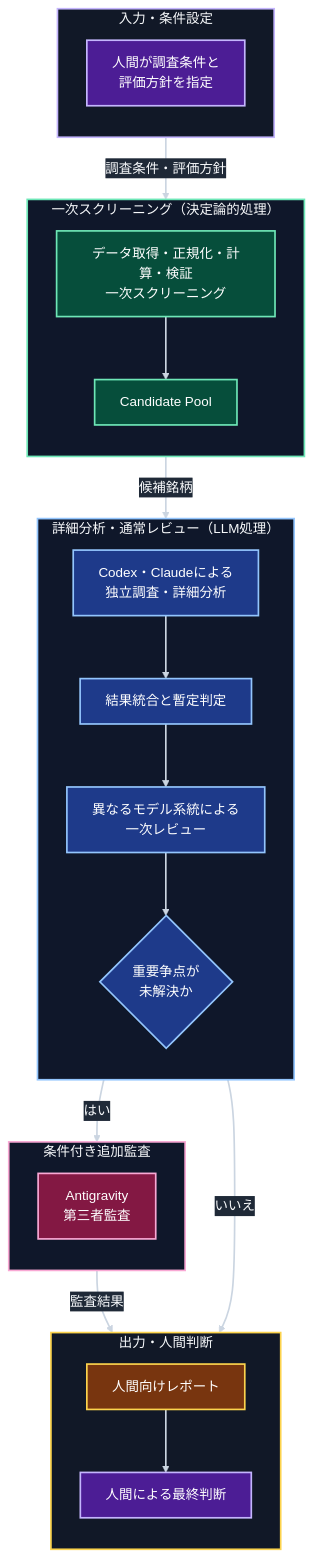
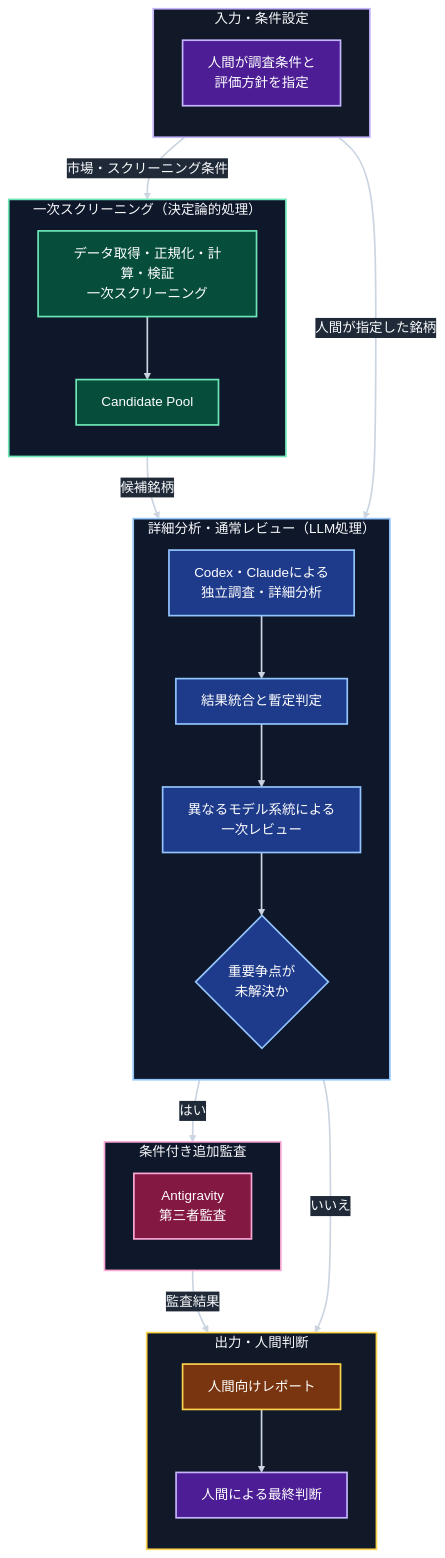
The diagram in docs/design/01-stock-research-system-overview.md (toike08D17012/system-trade-with-llm-orchestrator), drawn with Mermaid before and after one commit. The commit also changed 14 other files, not shown here.

````diff
--- a/docs/design/01-stock-research-system-overview.md
+++ b/docs/design/01-stock-research-system-overview.md
@@ -40,66 +40,67 @@
 ```mermaid
 %%{init: {"theme": "base", "themeVariables": {"darkMode": true, "background": "#0B1120", "primaryTextColor": "#F8FAFC", "lineColor": "#CBD5E1", "textColor": "#F8FAFC", "edgeLabelBackground": "#1F2937"}}}%%
 flowchart TD
     subgraph INPUT["入力・条件設定"]
         direction TB
         H["人間が調査条件と<br/>評価方針を指定"]
     end
 
     subgraph SCREENING["一次スクリーニング（決定論的処理）"]
         direction TB
         S["データ取得・正規化・計算・検証<br/>一次スクリーニング"]
         P["Candidate Pool"]
 
         S --> P
     end
 
     subgraph ANALYSIS["詳細分析・通常レビュー（LLM処理）"]
         direction TB
         W["Codex・Claudeによる<br/>独立調査・詳細分析"]
         I["結果統合と暫定判定"]
         R["異なるモデル系統による<br/>一次レビュー"]
         D{"重要争点が<br/>未解決か"}
 
         W --> I
         I --> R
         R --> D
     end
 
     subgraph AUDIT["条件付き追加監査"]
         direction TB
         A["Antigravity<br/>第三者監査"]
     end
 
     subgraph OUTPUT["出力・人間判断"]
         direction TB
         F["人間向けレポート"]
         J["人間による最終判断"]
 
         F --> J
     end
 
-    H -->|調査条件・評価方針| S
+    H -->|市場・スクリーニング条件| S
+    H -->|人間が指定した銘柄| W
     P -->|候補銘柄| W
     D -->|いいえ| F
     D -->|はい| A
     A -->|監査結果| F
 
     classDef humanRole fill:#4C1D95,stroke:#C4B5FD,color:#FFFFFF,stroke-width:2px
     classDef screeningRole fill:#064E3B,stroke:#6EE7B7,color:#FFFFFF,stroke-width:2px
     classDef analysisRole fill:#1E3A8A,stroke:#93C5FD,color:#FFFFFF,stroke-width:2px
     classDef auditRole fill:#831843,stroke:#F9A8D4,color:#FFFFFF,stroke-width:2px
     classDef outputRole fill:#78350F,stroke:#FCD34D,color:#FFFFFF,stroke-width:2px
 
     class H,J humanRole
     class S,P screeningRole
     class W,I,R,D analysisRole
     class A auditRole
     class F outputRole
 
     style INPUT fill:#111827,stroke:#C4B5FD,color:#F8FAFC,stroke-width:2px
     style SCREENING fill:#0F172A,stroke:#6EE7B7,color:#F8FAFC,stroke-width:2px
     style ANALYSIS fill:#0F172A,stroke:#93C5FD,color:#F8FAFC,stroke-width:2px
     style AUDIT fill:#0F172A,stroke:#F9A8D4,color:#F8FAFC,stroke-width:2px
     style OUTPUT fill:#111827,stroke:#FCD34D,color:#F8FAFC,stroke-width:2px
     linkStyle default stroke:#CBD5E1,stroke-width:2px
 ```
````
